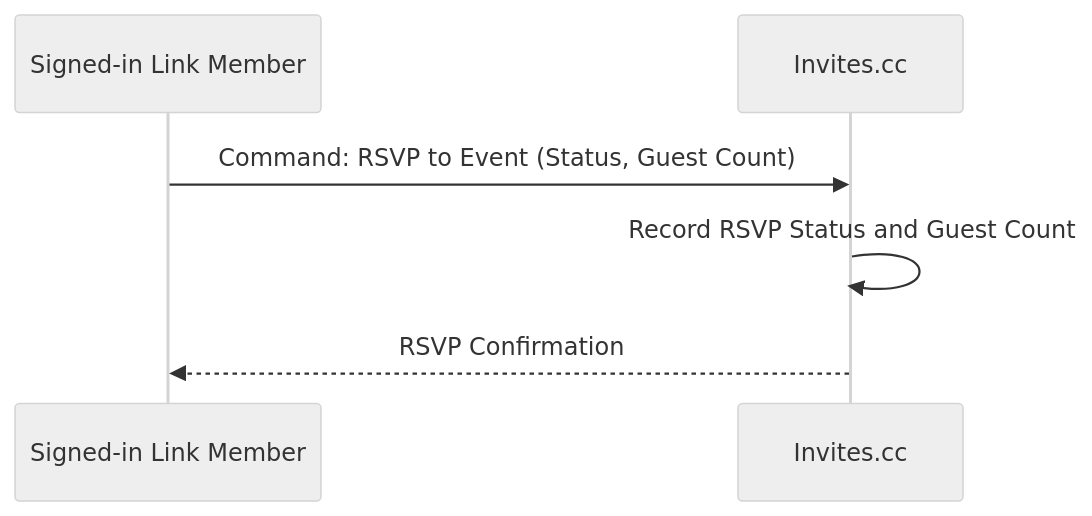
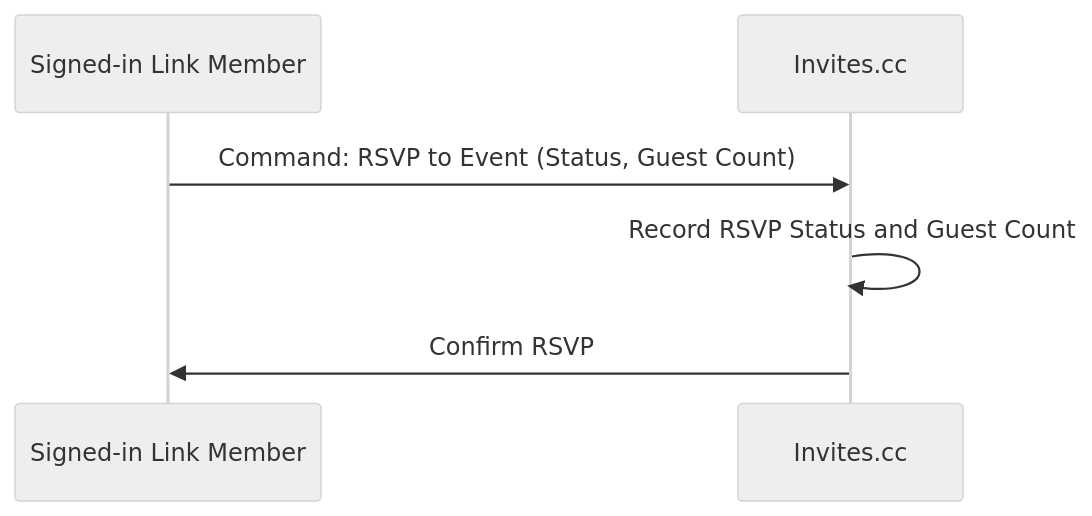
Diagram 11 of 13 in docs/design-doc.md (ichilabs/invites.cc), drawn with Mermaid (neutral theme) before and after one commit. The commit also changed other lines of this file, not shown here.

````diff
--- a/docs/design-doc.md
+++ b/docs/design-doc.md
@@ -162,9 +320,9 @@
 ```mermaid
 sequenceDiagram
     participant Member as Signed-in Link Member
     participant Invites as Invites.cc
     
     Member ->> Invites: Command: RSVP to Event (Status, Guest Count)
     Invites ->> Invites: Record RSVP Status and Guest Count
-    Invites -->> Member: RSVP Confirmation
+    Invites ->> Member: Confirm RSVP
 ```
````
